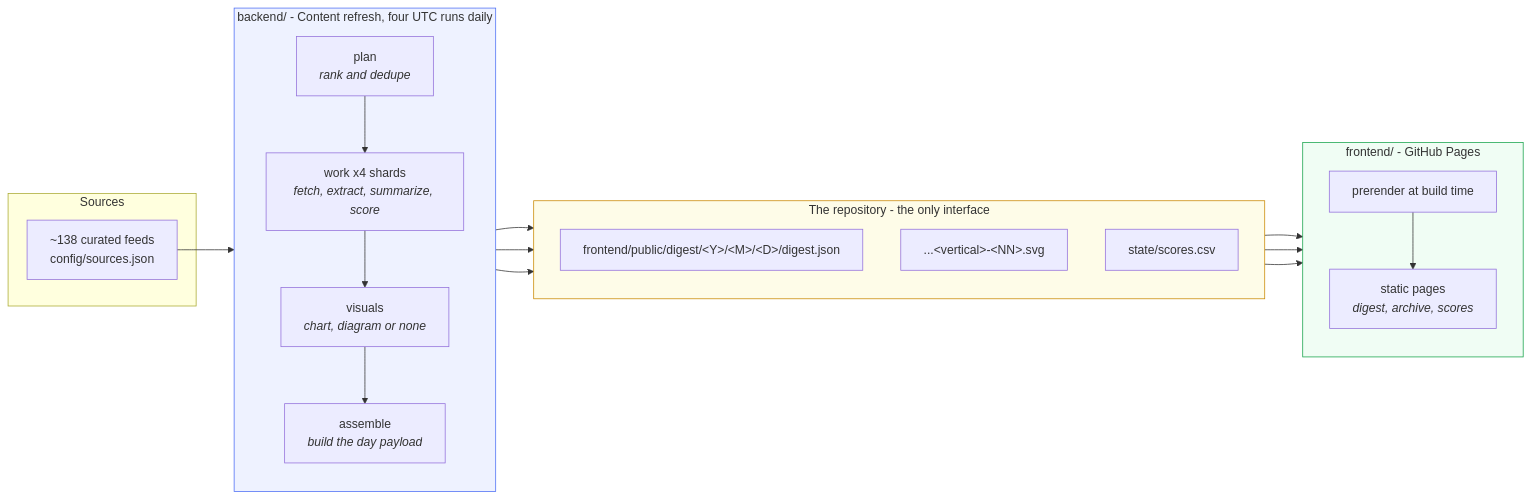
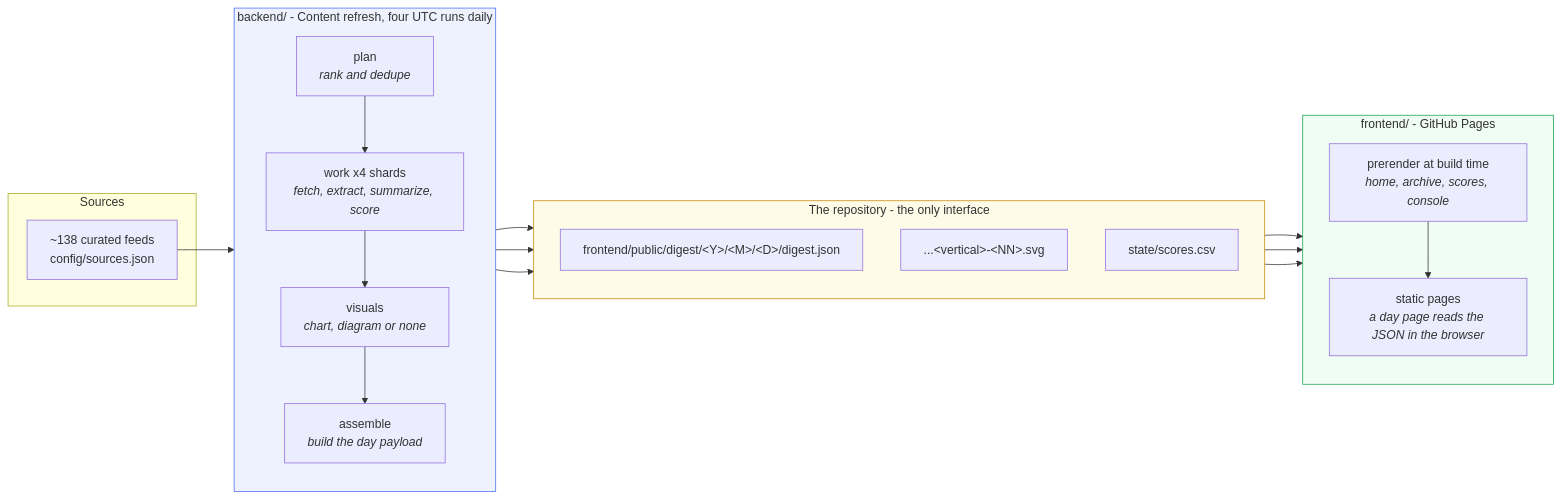
The first of 3 diagrams in docs/architecture/overview.md (miztiik/yen-idhazh), drawn with Mermaid before and after one commit. The commit also changed other lines of this file and 3 other files, not shown here.

````diff
--- a/docs/architecture/overview.md
+++ b/docs/architecture/overview.md
@@ -12,37 +12,37 @@
 ```mermaid
 flowchart LR
  subgraph src["Sources"]
  F1["~138 curated feeds<br/>config/sources.json"]
  end
 
  subgraph ci["backend/ - Content refresh, four UTC runs daily"]
  direction TB
  P["plan<br/><i>rank and dedupe</i>"]
  W["work x4 shards<br/><i>fetch, extract, summarize, score</i>"]
  R["visuals<br/><i>chart, diagram or none</i>"]
  AS["assemble<br/><i>build the day payload</i>"]
  P --> W --> R --> AS
  end
 
  subgraph repo["The repository - the only interface"]
  direction TB
  D1["frontend/public/digest/&lt;Y&gt;/&lt;M&gt;/&lt;D&gt;/digest.json"]
  D2["...&lt;vertical&gt;-&lt;NN&gt;.svg"]
  D3["state/scores.csv"]
  end
 
  subgraph fe["frontend/ - GitHub Pages"]
  direction TB
- B["prerender at build time"]
- S["static pages<br/><i>digest, archive, scores</i>"]
+ B["prerender at build time<br/><i>home, archive, scores, console</i>"]
+ S["static pages<br/><i>a day page reads the JSON in the browser</i>"]
  B --> S
  end
 
  F1 --> P
  AS --> D1 & D2 & D3
  D1 & D2 & D3 --> B
 
  style ci fill:#eef2ff,stroke:#4c6ef5
  style fe fill:#f0fdf4,stroke:#16a34a
  style repo fill:#fefce8,stroke:#ca8a04
 ```
````
